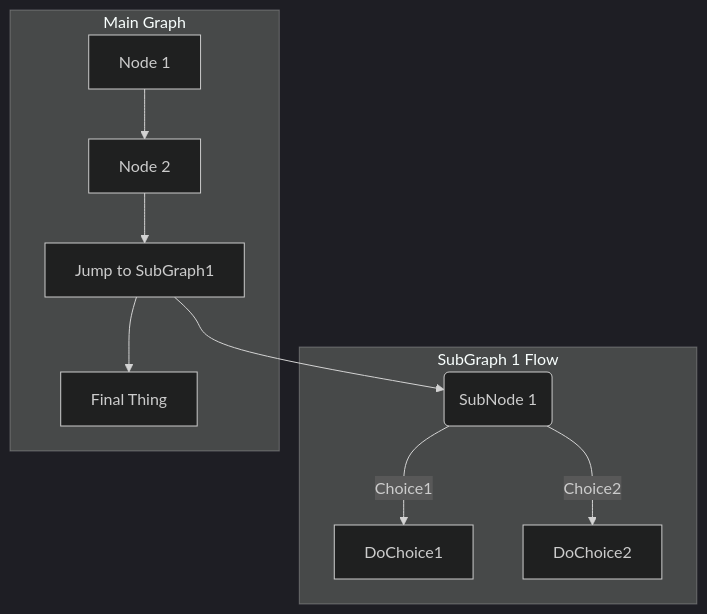
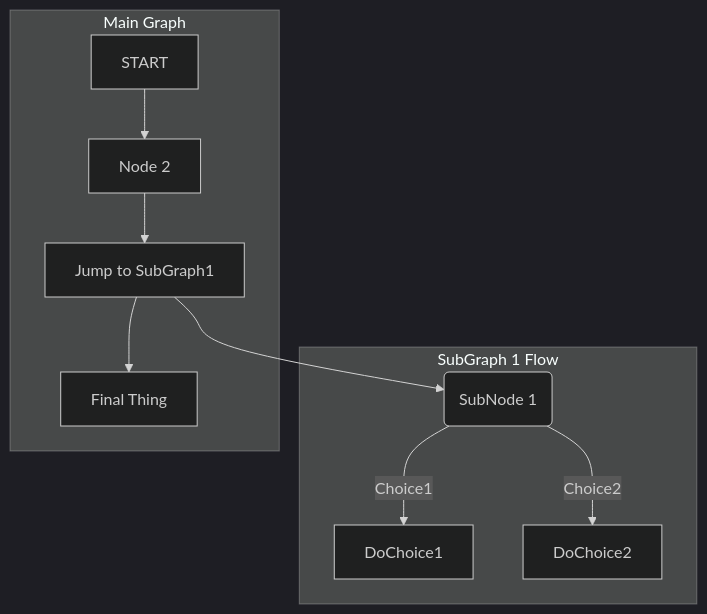
One commit to carldavidbrownjr/repo1 changed the second of 2 diagrams in foundation.git.markdown.md. Above: the diagram before and after it, drawn with Mermaid (dark theme).

````diff
--- a/foundation.git.markdown.md
+++ b/foundation.git.markdown.md
@@ -25,16 +25,16 @@
 ```mermaid
 graph TB
 
   SubGraph1 --> SubGraph1Flow
   subgraph "SubGraph 1 Flow"
   SubGraph1Flow(SubNode 1)
   SubGraph1Flow -- Choice1 --> DoChoice1
   SubGraph1Flow -- Choice2 --> DoChoice2
   end
 
   subgraph "Main Graph"
-  Node1[Node 1] --> Node2[Node 2]
+  START[START] --> Node2[Node 2]
   Node2 --> SubGraph1[Jump to SubGraph1]
-  SubGraph1 --> FinalThing[Final Thing]
+  SubGraph1 --> END_PRGROGRAM[Final Thing]
 end
 ```
````
